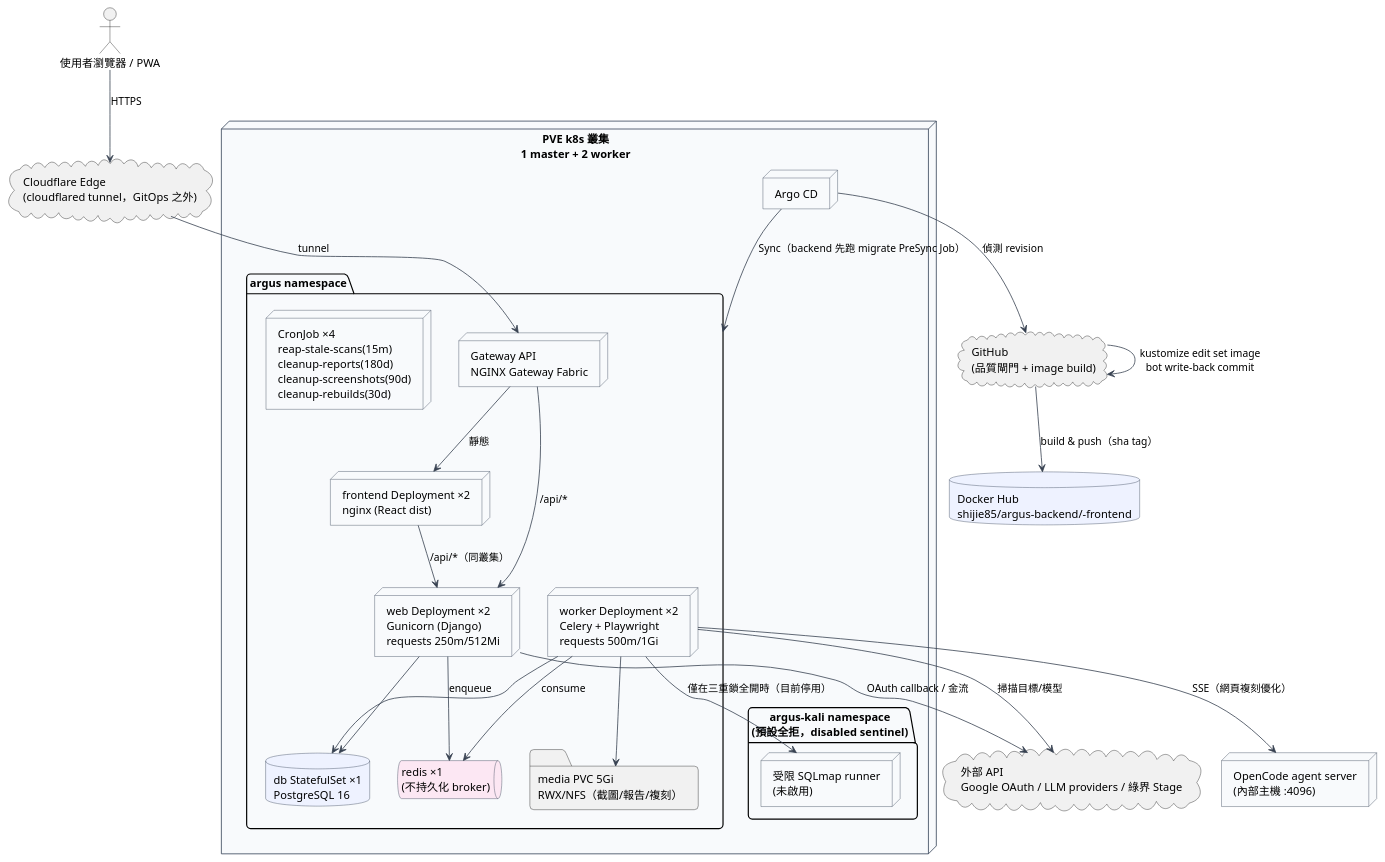
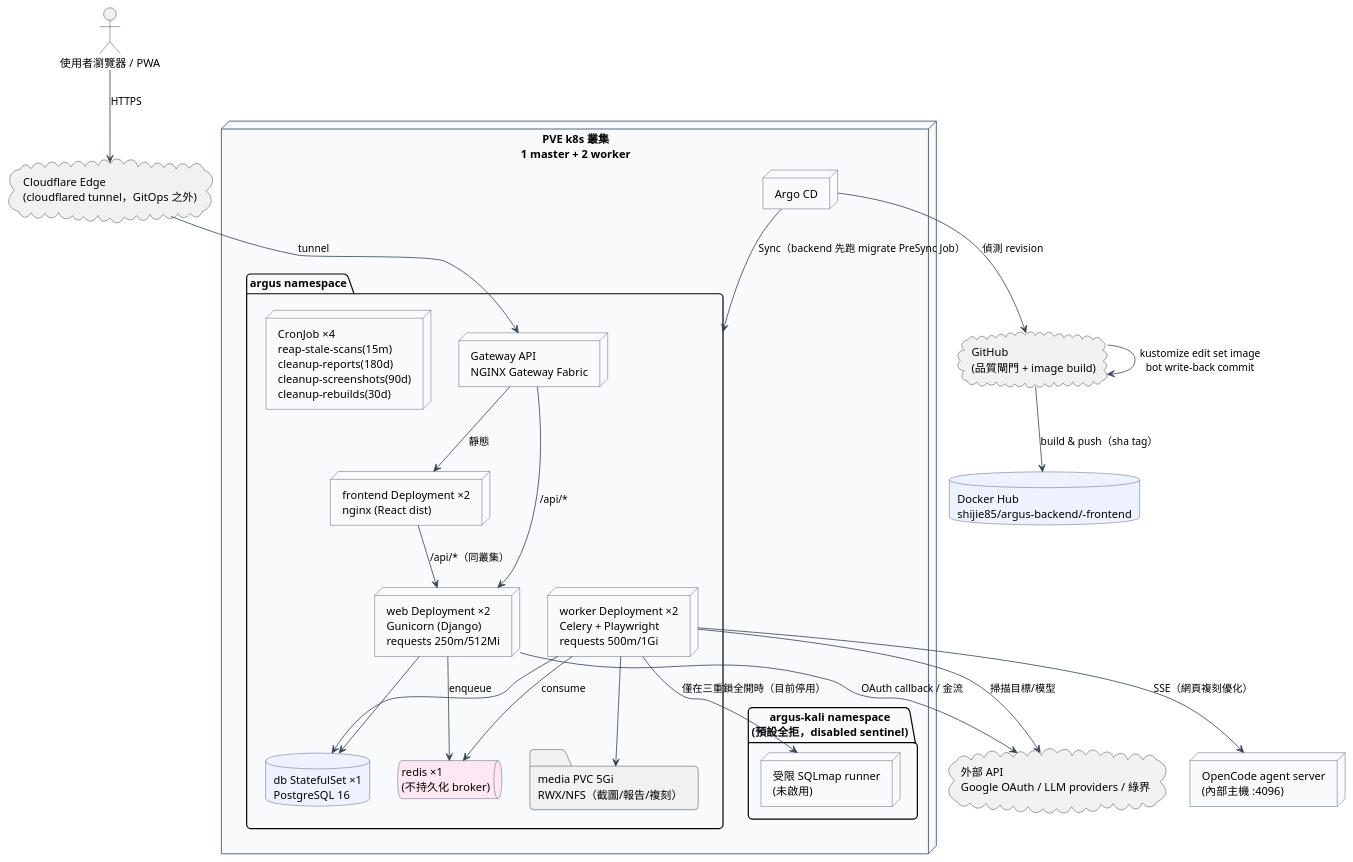
Diagram 25 of 25 in 專題文件生成/設計文件_圖表與成本模組.md (Djude1/Argus_WebsiteDiagnosticPlatform), drawn with PlantUML before and after one commit. The commit also changed other lines of this file and 77 other files, not shown here.

````diff
--- a/專題文件生成/設計文件_圖表與成本模組.md
+++ b/專題文件生成/設計文件_圖表與成本模組.md
@@ -1715,61 +1718,61 @@
 ```plantuml
 @startuml
 skinparam defaultFontName Microsoft JhengHei
 skinparam shadowing false
 skinparam roundcorner 10
 skinparam componentStyle rectangle
 skinparam BackgroundColor #FFFFFF
 skinparam NodeBorderColor #334155
 skinparam NodeBackgroundColor #F8FAFC
 skinparam DatabaseBorderColor #334155
 skinparam DatabaseBackgroundColor #EEF2FF
 skinparam QueueBorderColor #334155
 skinparam QueueBackgroundColor #FCE7F3
 skinparam ArrowColor #374151
 
 actor "使用者瀏覽器 / PWA" as User
 
 cloud "Cloudflare Edge\n(cloudflared tunnel，GitOps 之外)" as CF
 node "PVE k8s 叢集\n1 master + 2 worker" as Cluster {
   package "argus namespace" as NS {
     node "frontend Deployment ×2\nnginx (React dist)" as FE
     node "web Deployment ×2\nGunicorn (Django)\nrequests 250m/512Mi" as Web
     node "worker Deployment ×2\nCelery + Playwright\nrequests 500m/1Gi" as Worker
     database "db StatefulSet ×1\nPostgreSQL 16" as PG
     queue "redis ×1\n(不持久化 broker)" as Redis
     folder "media PVC 5Gi\nRWX/NFS（截圖/報告/複刻）" as Media
     node "Gateway API\nNGINX Gateway Fabric" as GW
     node "CronJob ×4\nreap-stale-scans(15m)\ncleanup-reports(180d)\ncleanup-screenshots(90d)\ncleanup-rebuilds(30d)" as Cron
   }
   package "argus-kali namespace\n(預設全拒，disabled sentinel)" as KaliNS {
     node "受限 SQLmap runner\n(未啟用)" as Kali
   }
   node "Argo CD" as Argo
 }
 
 cloud "GitHub\n(品質閘門 + image build)" as GH
 database "Docker Hub\nshijie85/argus-backend/-frontend" as Hub
 node "OpenCode agent server\n(內部主機 :4096)" as OC
-cloud "外部 API\nGoogle OAuth / LLM providers / 綠界 Stage" as Ext
+cloud "外部 API\nGoogle OAuth / LLM providers / 綠界" as Ext
 
 User --> CF : HTTPS
 CF --> GW : tunnel
 GW --> FE : 靜態
 GW --> Web : /api/*
 FE --> Web : /api/*（同叢集）
 Web --> PG
 Web --> Redis : enqueue
 Worker --> Redis : consume
 Worker --> PG
 Worker --> Media
 Worker --> Kali : 僅在三重鎖全開時（目前停用）
 Worker --> OC : SSE（網頁複刻優化）
 Worker --> Ext : 掃描目標/模型
 Web --> Ext : OAuth callback / 金流
 
 GH --> Hub : build & push（sha tag）
 GH --> GH : kustomize edit set image\nbot write-back commit
 Argo --> GH : 偵測 revision
 Argo --> NS : Sync（backend 先跑 migrate PreSync Job）
 @enduml
 ```
````
